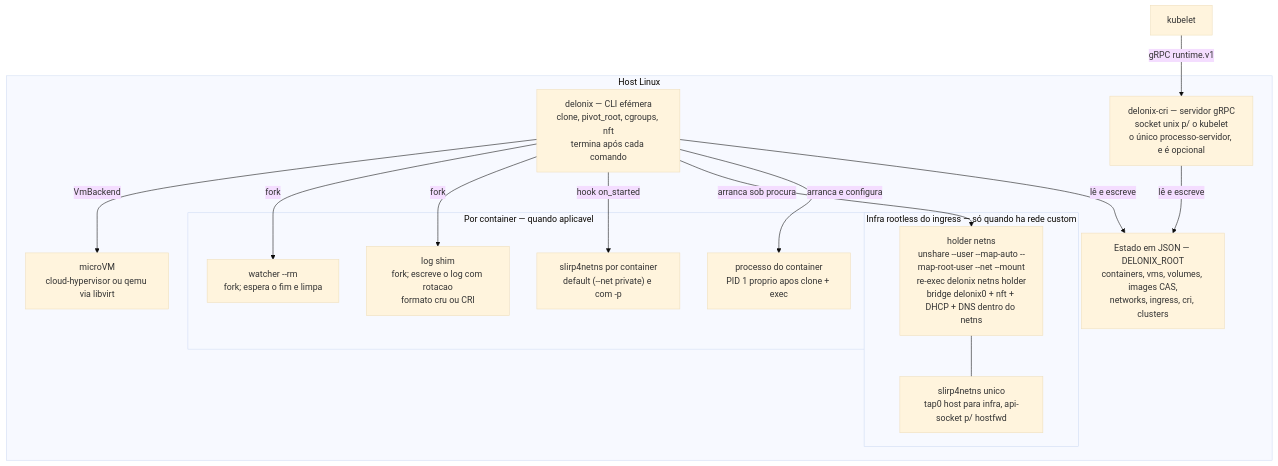
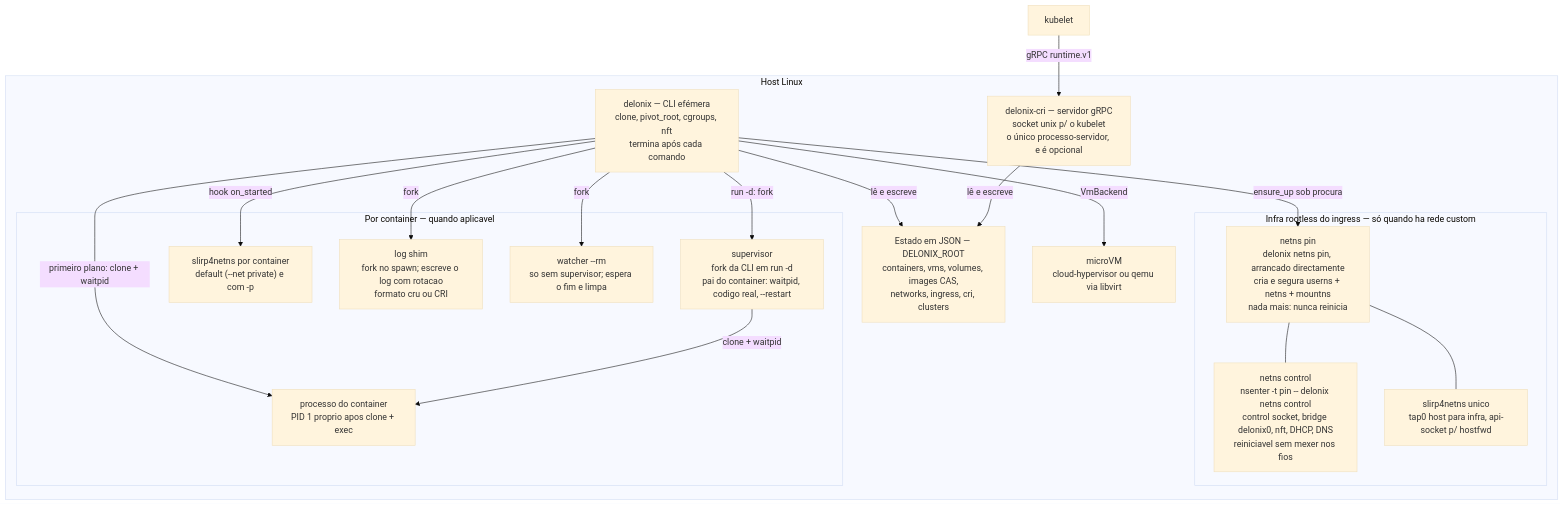
The second of 7 diagrams in ARCHITECTURE.md (ngolacloud/delonix), drawn with Mermaid (base theme) before and after one commit. The commit also changed other lines of this file and 7 other files, not shown here.

````diff
--- a/ARCHITECTURE.md
+++ b/ARCHITECTURE.md
@@ -67,35 +73,40 @@
 ```mermaid
 graph TB
     subgraph HOST["Host Linux"]
         CLI["delonix — CLI efémera<br>clone, pivot_root, cgroups, nft<br>termina após cada comando"]
         CRIBIN["delonix-cri — servidor gRPC<br>socket unix p/ o kubelet<br>o único processo-servidor, e é opcional"]
         STATE["Estado em JSON — DELONIX_ROOT<br>containers, vms, volumes, images CAS,<br>networks, ingress, cri, clusters"]
 
         subgraph INFRA["Infra rootless do ingress — só quando ha rede custom"]
-            HOLDER["holder netns<br>unshare --user --map-auto --map-root-user --net --mount<br>re-exec delonix netns holder<br>bridge delonix0 + nft + DHCP + DNS dentro do netns"]
+            PIN["netns pin<br>delonix netns pin, arrancado directamente<br>cria e segura userns + netns + mountns<br>nada mais: nunca reinicia"]
+            CONTROL["netns control<br>nsenter -t pin -- delonix netns control<br>control socket, bridge delonix0, nft, DHCP, DNS<br>reiniciavel sem mexer nos fios"]
             SLIRP1["slirp4netns unico<br>tap0 host para infra, api-socket p/ hostfwd"]
         end
 
         subgraph PERCONT["Por container — quando aplicavel"]
+            SUP["supervisor<br>fork da CLI em run -d<br>pai do container: waitpid, codigo real, --restart"]
             CONT["processo do container<br>PID 1 proprio apos clone + exec"]
             SLIRPN["slirp4netns por container<br>default (--net private) e com -p"]
-            SHIM["log shim<br>fork; escreve o log com rotacao<br>formato cru ou CRI"]
-            WATCH["watcher --rm<br>fork; espera o fim e limpa"]
+            SHIM["log shim<br>fork no spawn; escreve o log com rotacao<br>formato cru ou CRI"]
+            WATCH["watcher --rm<br>so sem supervisor; espera o fim e limpa"]
         end
 
         VM["microVM<br>cloud-hypervisor ou qemu via libvirt"]
     end
 
     KUBELET2["kubelet"]
 
     CLI -- "lê e escreve" --> STATE
     CRIBIN -- "lê e escreve" --> STATE
     KUBELET2 -- "gRPC runtime.v1" --> CRIBIN
-    CLI -- "arranca e configura" --> CONT
-    CLI -- "arranca sob procura" --> HOLDER
-    HOLDER --- SLIRP1
+    CLI -- "primeiro plano: clone + waitpid" --> CONT
+    CLI -- "run -d: fork" --> SUP
+    SUP -- "clone + waitpid" --> CONT
+    CLI -- "ensure_up sob procura" --> PIN
+    PIN --- CONTROL
+    PIN --- SLIRP1
     CLI -- "hook on_started" --> SLIRPN
     CLI -- "fork" --> SHIM
     CLI -- "fork" --> WATCH
     CLI -- "VmBackend" --> VM
 ```
````
